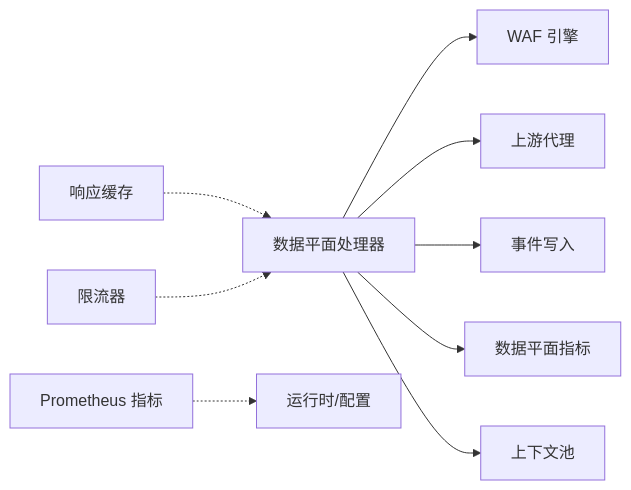
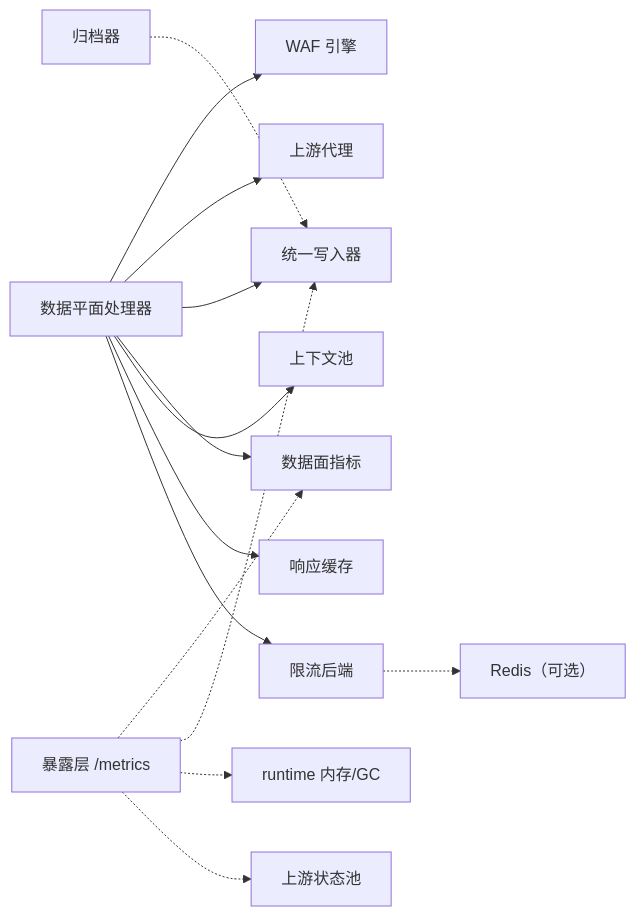
One commit to x01n/My-OpenWaf changed diagram 11 of 12 in docs/数据平面处理/性能监控与调优.md. Above: the diagram before and after it, drawn with Mermaid. The commit also changed other lines of this file and 622 other files, not shown here.

````diff
--- a/docs/数据平面处理/性能监控与调优.md
+++ b/docs/数据平面处理/性能监控与调优.md
@@ -404,11 +606,16 @@
 ```mermaid
 graph LR
 DP["数据平面处理器"] --> ENG["WAF 引擎"]
-DP --> UP["上游代理"]
-DP --> EV["事件写入"]
-DP --> MET["数据平面指标"]
+DP --> PRX["上游代理"]
+DP --> EW["统一写入器"]
+DP --> MET["数据面指标"]
 DP --> POOL["上下文池"]
-PROM["Prometheus 指标"] -.-> RUNTIME["运行时/配置"]
-CACHE["响应缓存"] -.-> DP
-RL["限流器"] -.-> DP
+DP --> CACHE["响应缓存"]
+DP --> RL["限流后端"]
+PROM["暴露层 /metrics"] -.-> MET
+PROM -.-> EW
+PROM -.-> RUNTIME["runtime 内存/GC"]
+PROM -.-> UPS["上游状态池"]
+ARC["归档器"] -.-> EW
+RL -.-> RDS["Redis（可选）"]
 ```
````
